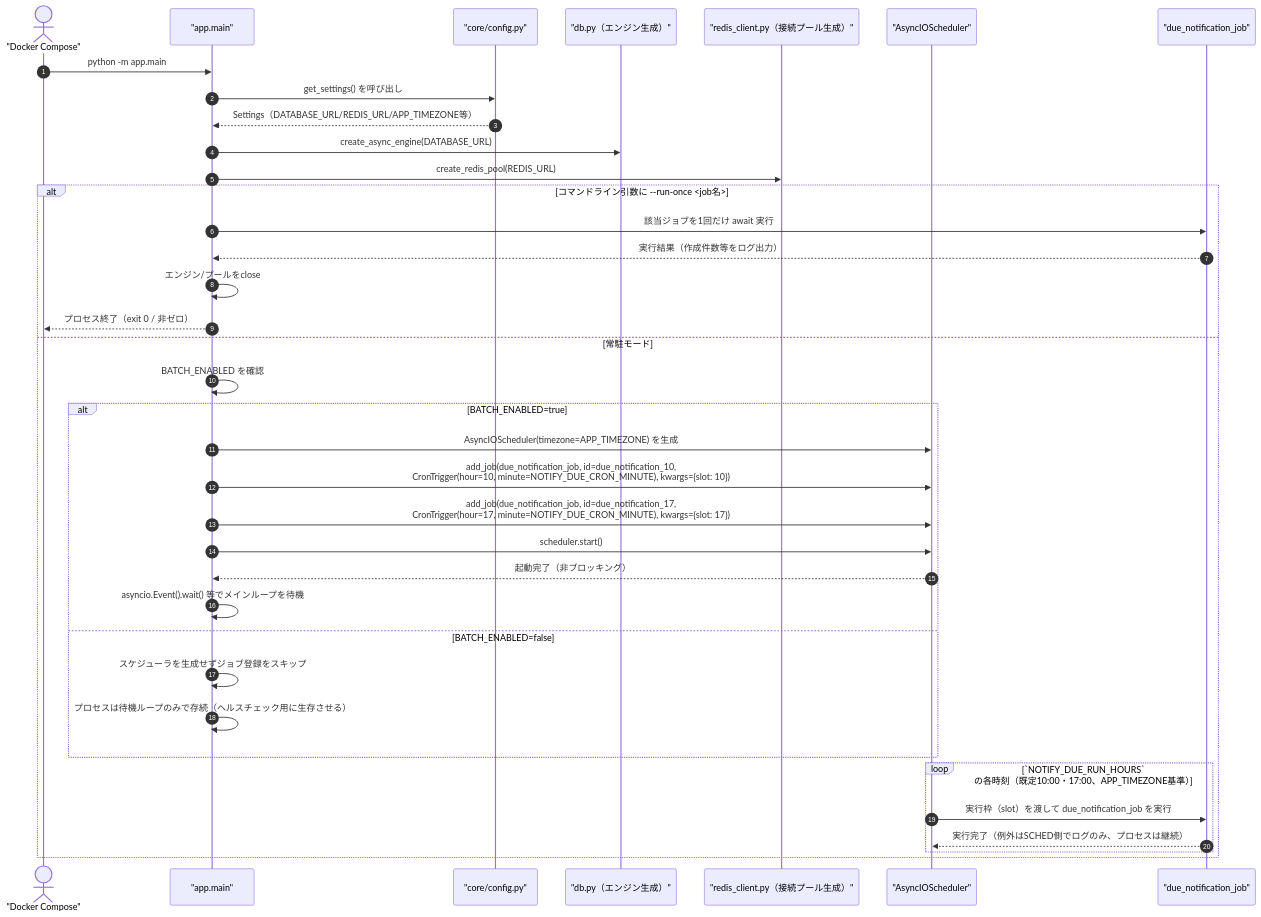
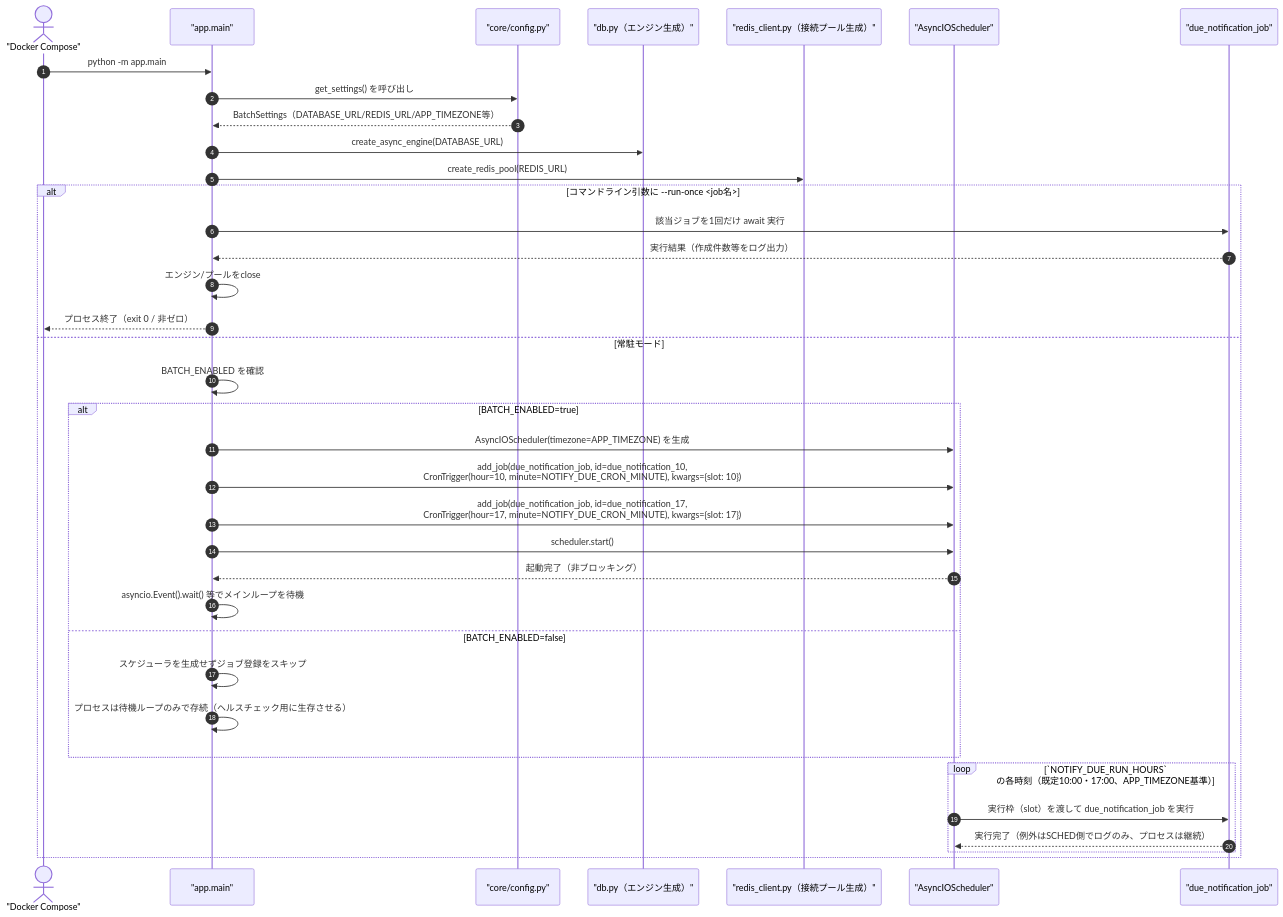
One commit to oikawa-d/task_management changed the first of 4 diagrams in detailed_design/batch/01_scheduler.md. Above: the diagram before and after it, drawn with Mermaid. The commit also changed other lines of this file and 19 other files, not shown here.

````diff
--- a/detailed_design/batch/01_scheduler.md
+++ b/detailed_design/batch/01_scheduler.md
@@ -28,40 +28,40 @@
 ```mermaid
 sequenceDiagram
     autonumber
     actor DC as "Docker Compose"
     participant MAIN as "app.main"
     participant CFG as "core/config.py"
     participant DB as "db.py（エンジン生成）"
     participant RD as "redis_client.py（接続プール生成）"
     participant SCHED as "AsyncIOScheduler"
     participant JOB as "due_notification_job"
 
     DC->>MAIN: python -m app.main
     MAIN->>CFG: get_settings() を呼び出し
-    CFG-->>MAIN: Settings（DATABASE_URL/REDIS_URL/APP_TIMEZONE等）
+    CFG-->>MAIN: BatchSettings（DATABASE_URL/REDIS_URL/APP_TIMEZONE等）
     MAIN->>DB: create_async_engine(DATABASE_URL)
     MAIN->>RD: create_redis_pool(REDIS_URL)
     alt コマンドライン引数に --run-once <job名>
         MAIN->>JOB: 該当ジョブを1回だけ await 実行
         JOB-->>MAIN: 実行結果（作成件数等をログ出力）
         MAIN->>MAIN: エンジン/プールをclose
         MAIN-->>DC: プロセス終了（exit 0 / 非ゼロ）
     else 常駐モード
         MAIN->>MAIN: BATCH_ENABLED を確認
         alt BATCH_ENABLED=true
             MAIN->>SCHED: AsyncIOScheduler(timezone=APP_TIMEZONE) を生成
             MAIN->>SCHED: add_job(due_notification_job, id=due_notification_10,<br/>CronTrigger(hour=10, minute=NOTIFY_DUE_CRON_MINUTE), kwargs={slot: 10})
             MAIN->>SCHED: add_job(due_notification_job, id=due_notification_17,<br/>CronTrigger(hour=17, minute=NOTIFY_DUE_CRON_MINUTE), kwargs={slot: 17})
             MAIN->>SCHED: scheduler.start()
             SCHED-->>MAIN: 起動完了（非ブロッキング）
             MAIN->>MAIN: asyncio.Event().wait() 等でメインループを待機
         else BATCH_ENABLED=false
             MAIN->>MAIN: スケジューラを生成せずジョブ登録をスキップ
             MAIN->>MAIN: プロセスは待機ループのみで存続（ヘルスチェック用に生存させる）
         end
         loop `NOTIFY_DUE_RUN_HOURS` の各時刻（既定10:00・17:00、APP_TIMEZONE基準）
             SCHED->>JOB: 実行枠（slot）を渡して due_notification_job を実行
             JOB-->>SCHED: 実行完了（例外はSCHED側でログのみ、プロセスは継続）
         end
     end
 ```
````
